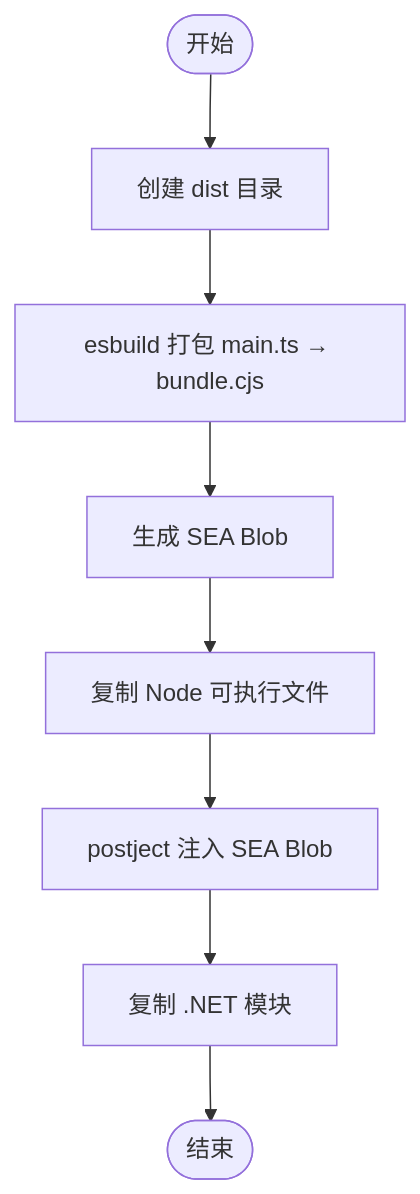
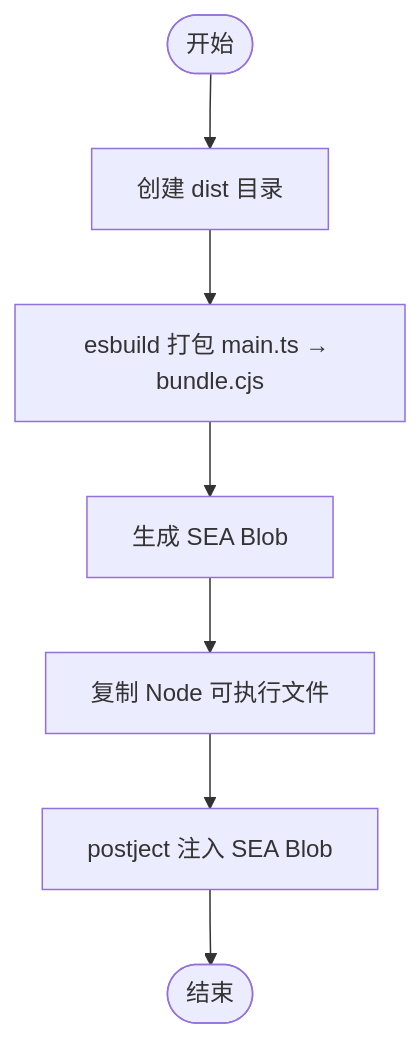
Before and after one commit to hllshiro/doc2md-cli: the fourth of 5 diagrams in .qoder/repowiki/zh/content/构建与部署.md, drawn with Mermaid. The commit also changed other lines of this file and 3 other files, not shown here.

````diff
--- a/.qoder/repowiki/zh/content/构建与部署.md
+++ b/.qoder/repowiki/zh/content/构建与部署.md
@@ -176,10 +238,9 @@
 ```mermaid
 flowchart TD
 Start(["开始"]) --> Mk["创建 dist 目录"]
 Mk --> ESBuild["esbuild 打包 main.ts → bundle.cjs"]
 ESBuild --> SEACfg["生成 SEA Blob"]
 SEACfg --> CopyExe["复制 Node 可执行文件"]
 CopyExe --> Inject["postject 注入 SEA Blob"]
-Inject --> CopyNet["复制 .NET 模块"]
-CopyNet --> End(["结束"])
+Inject --> End(["结束"])
 ```
````
